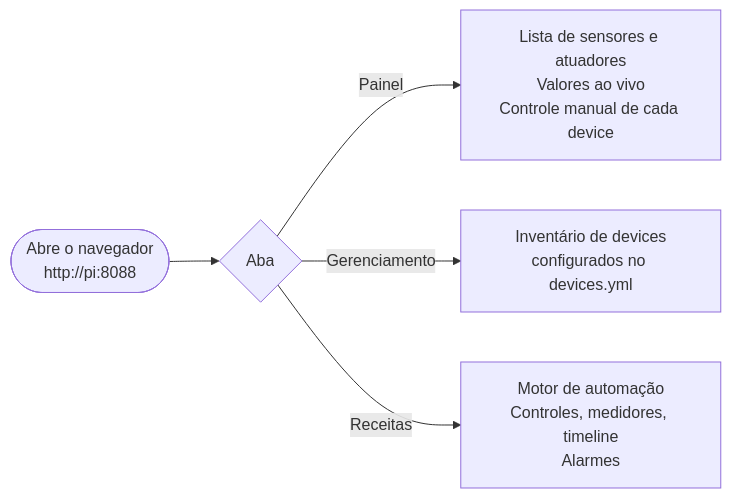
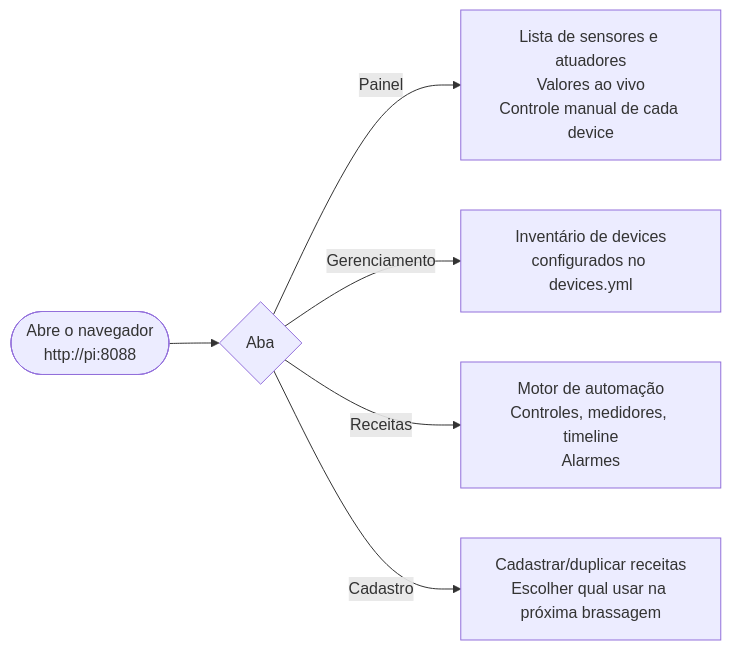
Before and after one commit to ChristopherNicolasSMM/Tesseract-Device-Bridge: the first of 2 diagrams in docs/manual/03-funcionalidades.md, drawn with Mermaid. The commit also changed other lines of this file and 8 other files, not shown here.

````diff
--- a/docs/manual/03-funcionalidades.md
+++ b/docs/manual/03-funcionalidades.md
@@ -7,7 +7,8 @@
 ```mermaid
 flowchart LR
     A([Abre o navegador\nhttp://pi:8088]) --> B{Aba}
     B -->|"Painel"| C["Lista de sensores e atuadores\nValores ao vivo\nControle manual de cada device"]
     B -->|"Gerenciamento"| D["Inventário de devices\nconfigurados no devices.yml"]
     B -->|"Receitas"| E["Motor de automação\nControles, medidores, timeline\nAlarmes"]
+    B -->|"Cadastro"| F["Cadastrar/duplicar receitas\nEscolher qual usar na próxima brassagem"]
 ```
````
